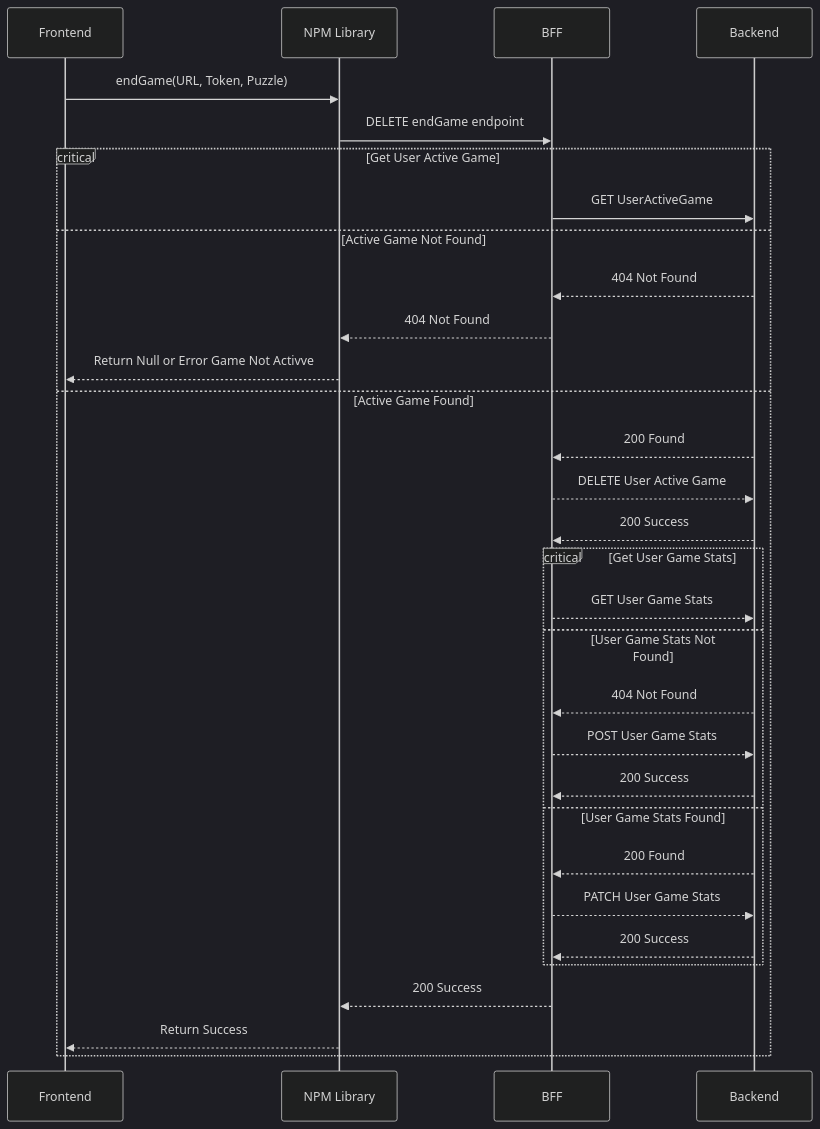
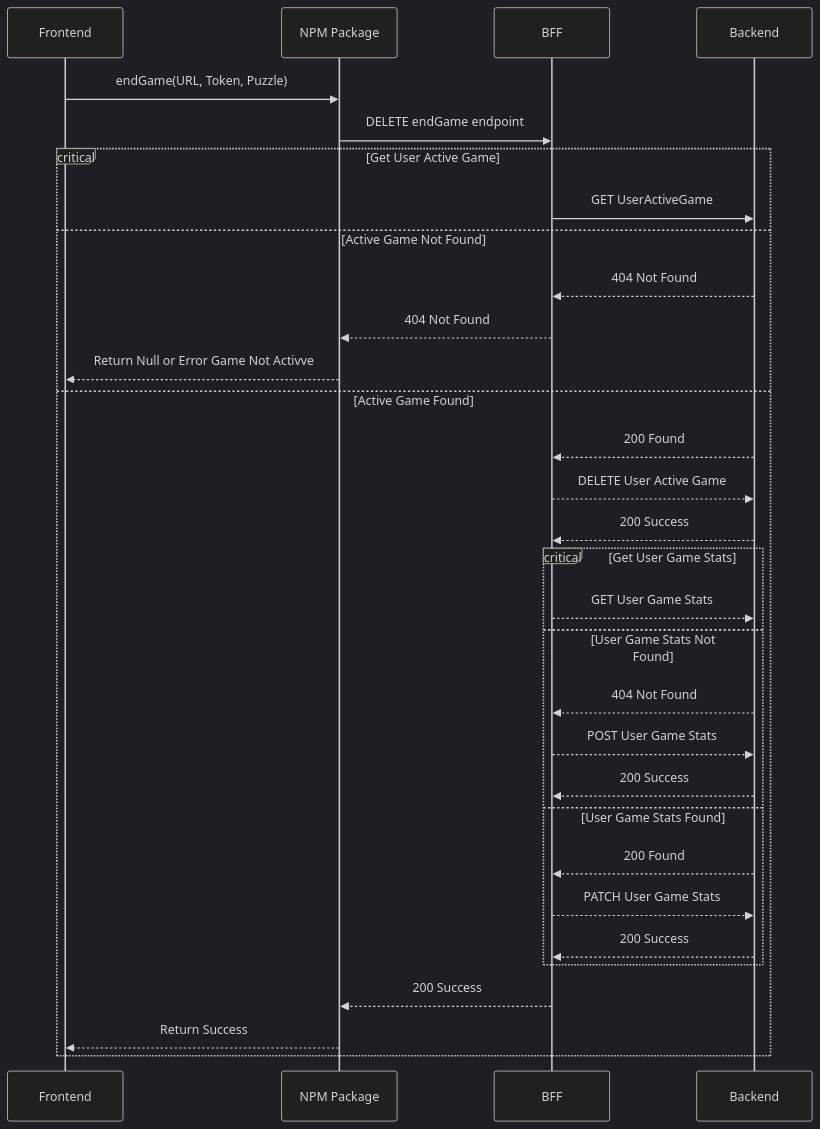
One commit to Sudokuru/Puzzle changed the third of 3 diagrams in Documentation/Diagrams/SequenceDiagram.md. Above: the diagram before and after it, drawn with Mermaid (dark theme). The commit also changed other lines of this file, not shown here.

Commit message:
Changing "NPM Library" to "NPM Package"

````diff
--- a/Documentation/Diagrams/SequenceDiagram.md
+++ b/Documentation/Diagrams/SequenceDiagram.md
@@ -68,38 +68,38 @@
 ```mermaid
 sequenceDiagram
     participant Frontend
-    participant NPM Library
+    participant NPM Package
     participant BFF
     participant Backend
 
     #endGame
-    Frontend->>NPM Library: endGame(URL, Token, Puzzle)
-    NPM Library->>BFF: DELETE endGame endpoint
+    Frontend->>NPM Package: endGame(URL, Token, Puzzle)
+    NPM Package->>BFF: DELETE endGame endpoint
 
     critical Get User Active Game
         BFF->>Backend: GET UserActiveGame
     option Active Game Not Found
         Backend-->>BFF: 404 Not Found
-        BFF-->>NPM Library: 404 Not Found
-        NPM Library-->>Frontend: Return Null or Error Game Not Activve
+        BFF-->>NPM Package: 404 Not Found
+        NPM Package-->>Frontend: Return Null or Error Game Not Activve
     option Active Game Found
         Backend-->>BFF: 200 Found
         BFF-->>Backend: DELETE User Active Game
         Backend-->>BFF: 200 Success
 
         critical Get User Game Stats
             BFF-->>Backend: GET User Game Stats
         option User Game Stats Not Found
             Backend-->>BFF: 404 Not Found
             BFF-->>Backend: POST User Game Stats
             Backend-->>BFF: 200 Success
         option User Game Stats Found
             Backend-->>BFF: 200 Found
             BFF-->>Backend: PATCH User Game Stats
             Backend-->>BFF: 200 Success
         end
 
-        BFF-->>NPM Library: 200 Success
-        NPM Library-->>Frontend: Return Success
+        BFF-->>NPM Package: 200 Success
+        NPM Package-->>Frontend: Return Success
     end
 ```
````
